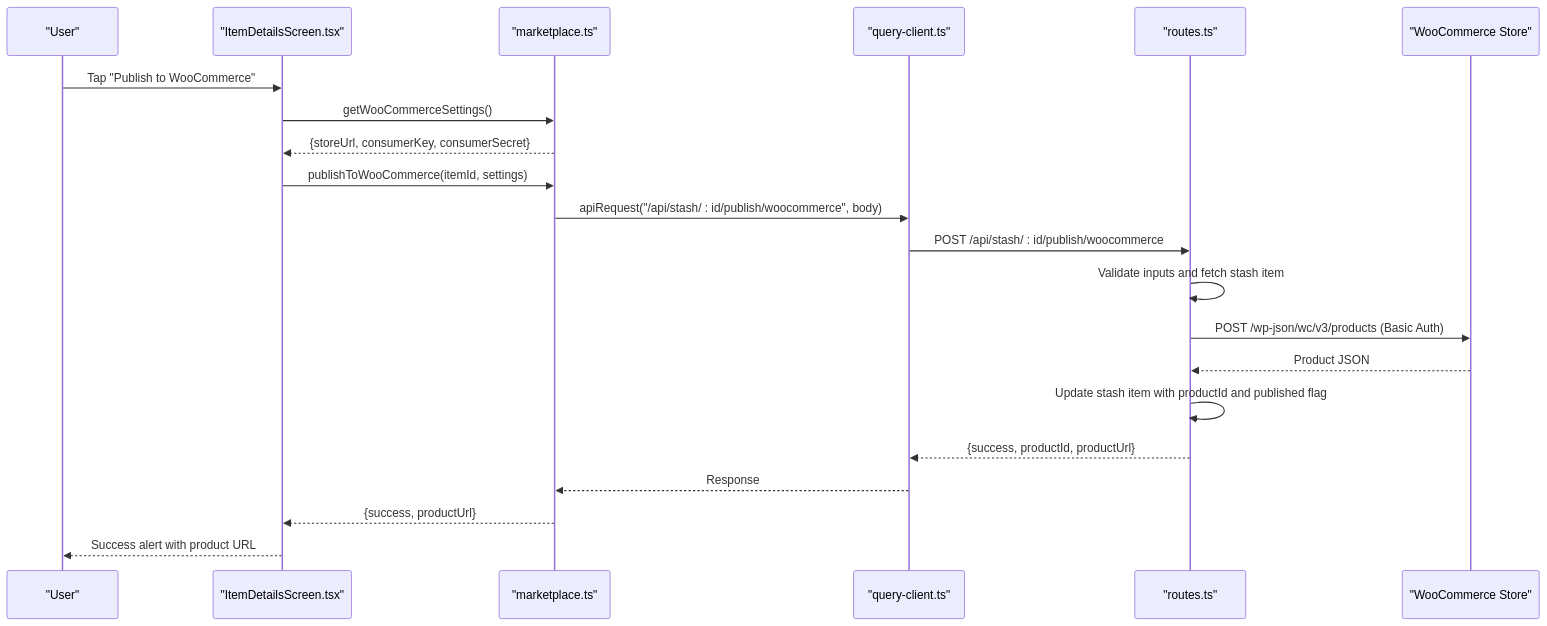
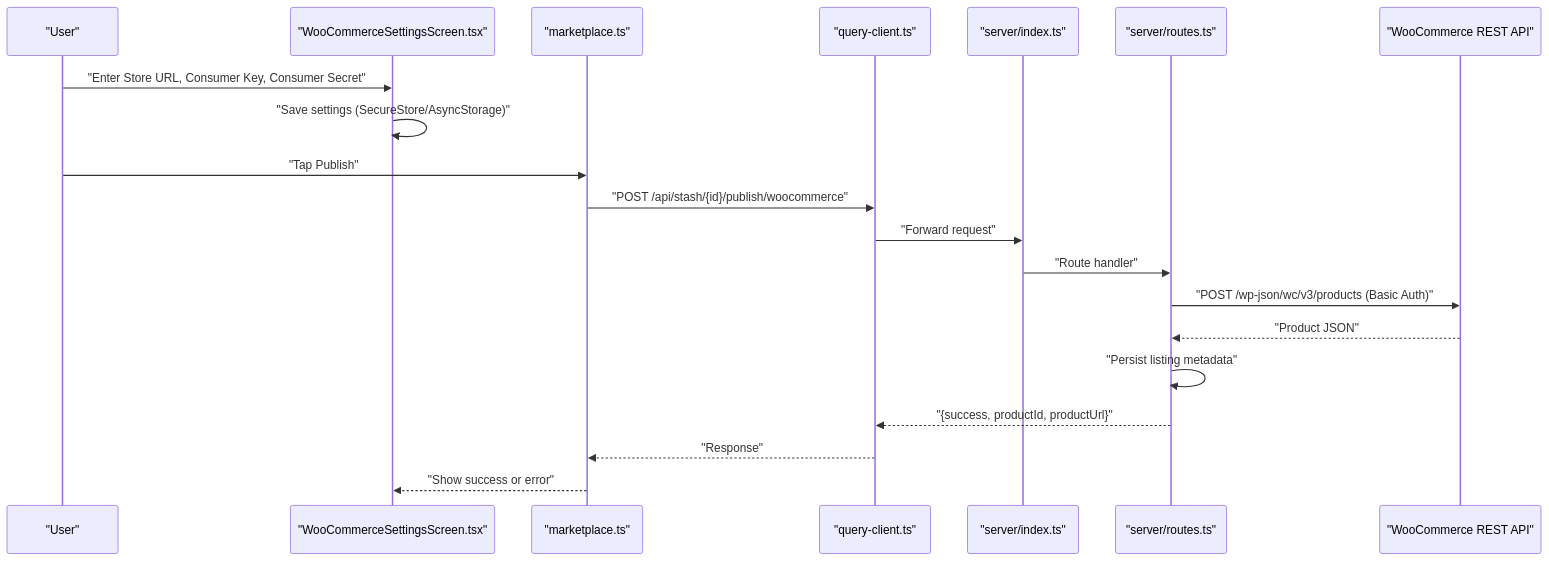
Before and after one commit to hunglevi87/Hidden-Gem: the second of 6 diagrams in .qoder/repowiki/en/content/Marketplace Integration/WooCommerce Integration.md, drawn with Mermaid. The commit also changed other lines of this file and 99 other files, not shown here.

````diff
--- a/.qoder/repowiki/en/content/Marketplace Integration/WooCommerce Integration.md
+++ b/.qoder/repowiki/en/content/Marketplace Integration/WooCommerce Integration.md
@@ -100,23 +102,22 @@
 ```mermaid
 sequenceDiagram
 participant User as "User"
-participant UI as "ItemDetailsScreen.tsx"
-participant Market as "marketplace.ts"
-participant Query as "query-client.ts"
-participant API as "routes.ts"
-participant WC as "WooCommerce Store"
-User->>UI : Tap "Publish to WooCommerce"
-UI->>Market : getWooCommerceSettings()
-Market-->>UI : {storeUrl, consumerKey, consumerSecret}
-UI->>Market : publishToWooCommerce(itemId, settings)
-Market->>Query : apiRequest("/api/stash/ : id/publish/woocommerce", body)
-Query->>API : POST /api/stash/ : id/publish/woocommerce
-API->>API : Validate inputs and fetch stash item
-API->>WC : POST /wp-json/wc/v3/products (Basic Auth)
-WC-->>API : Product JSON
-API->>API : Update stash item with productId and published flag
-API-->>Query : {success, productId, productUrl}
-Query-->>Market : Response
-Market-->>UI : {success, productUrl}
-UI-->>User : Success alert with product URL
+participant UI as "WooCommerceSettingsScreen.tsx"
+participant MP as "marketplace.ts"
+participant QC as "query-client.ts"
+participant S as "server/index.ts"
+participant R as "server/routes.ts"
+participant WC as "WooCommerce REST API"
+User->>UI : "Enter Store URL, Consumer Key, Consumer Secret"
+UI->>UI : "Save settings (SecureStore/AsyncStorage)"
+User->>MP : "Tap Publish"
+MP->>QC : "POST /api/stash/{id}/publish/woocommerce"
+QC->>S : "Forward request"
+S->>R : "Route handler"
+R->>WC : "POST /wp-json/wc/v3/products (Basic Auth)"
+WC-->>R : "Product JSON"
+R->>R : "Persist listing metadata"
+R-->>QC : "{success, productId, productUrl}"
+QC-->>MP : "Response"
+MP-->>UI : "Show success or error"
 ```
````
